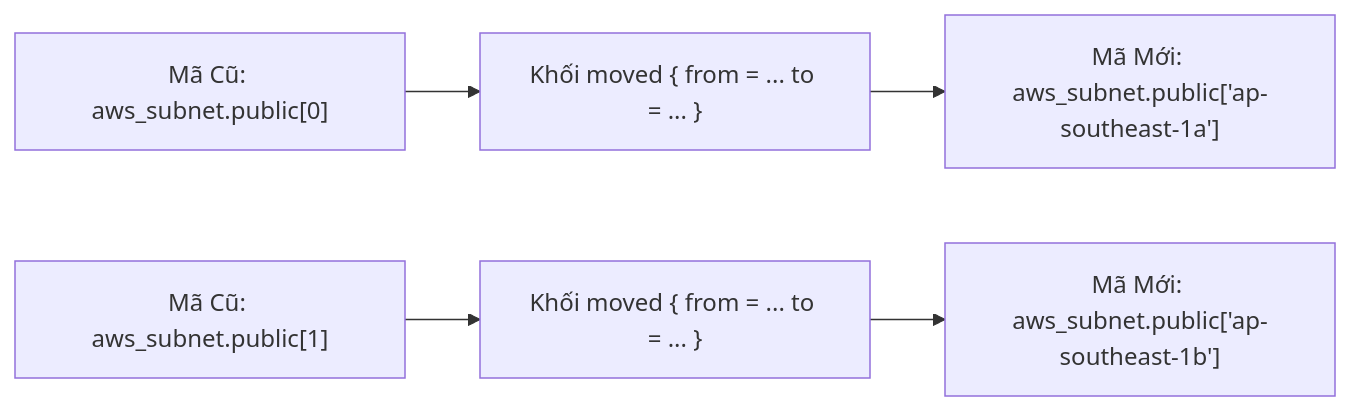
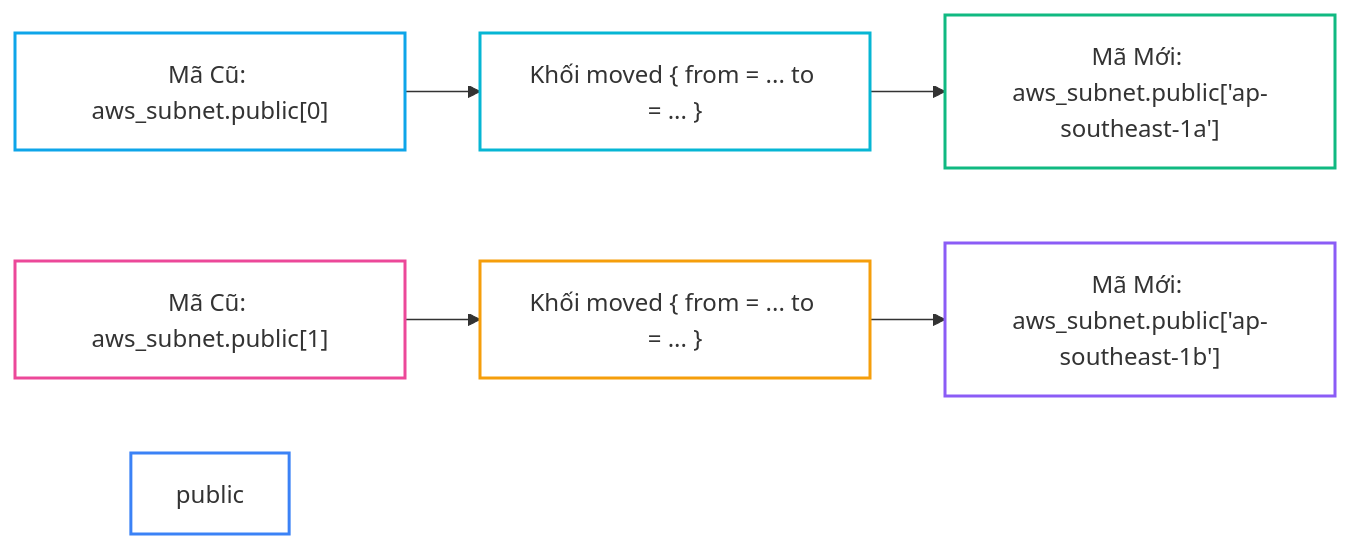
The second of 2 diagrams in _posts/2026-09-13-terraform-13-13-vong-lap-nang-cao-count-vs-for-each-tham-hoa-index-shifting-va-moved-block.md (kiennt308/ntk), drawn with Mermaid before and after one commit. The commit also changed other lines of this file and 26 other files, not shown here.

Commit message:
style(terraform): standardize presentation, complete titles & summaries, tailor tldr, and optimize lab tables & mermaid across Bài 05 to Bài 31

````diff
--- a/_posts/2026-09-13-terraform-13-13-vong-lap-nang-cao-count-vs-for-each-tham-hoa-index-shifting-va-moved-block.md
+++ b/_posts/2026-09-13-terraform-13-13-vong-lap-nang-cao-count-vs-for-each-tham-hoa-index-shifting-va-moved-block.md
@@ -183,10 +189,16 @@
 ```mermaid
 flowchart LR
     A["Mã Cũ: aws_subnet.public[0]"] --> M1["Khối moved { from = ... to = ... }"]
     B["Mã Cũ: aws_subnet.public[1]"] --> M2["Khối moved { from = ... to = ... }"]
     
     M1 --> C["Mã Mới: aws_subnet.public['ap-southeast-1a']"]
     M2 --> D["Mã Mới: aws_subnet.public['ap-southeast-1b']"]
 
-
+    style public fill:none,stroke:#3b82f6,stroke-width:2px
+    style A fill:none,stroke:#0ea5e9,stroke-width:2px
+    style C fill:none,stroke:#10b981,stroke-width:2px
+    style M2 fill:none,stroke:#f59e0b,stroke-width:2px
+    style D fill:none,stroke:#8b5cf6,stroke-width:2px
+    style B fill:none,stroke:#ec4899,stroke-width:2px
+    style M1 fill:none,stroke:#06b6d4,stroke-width:2px
 ```
````
